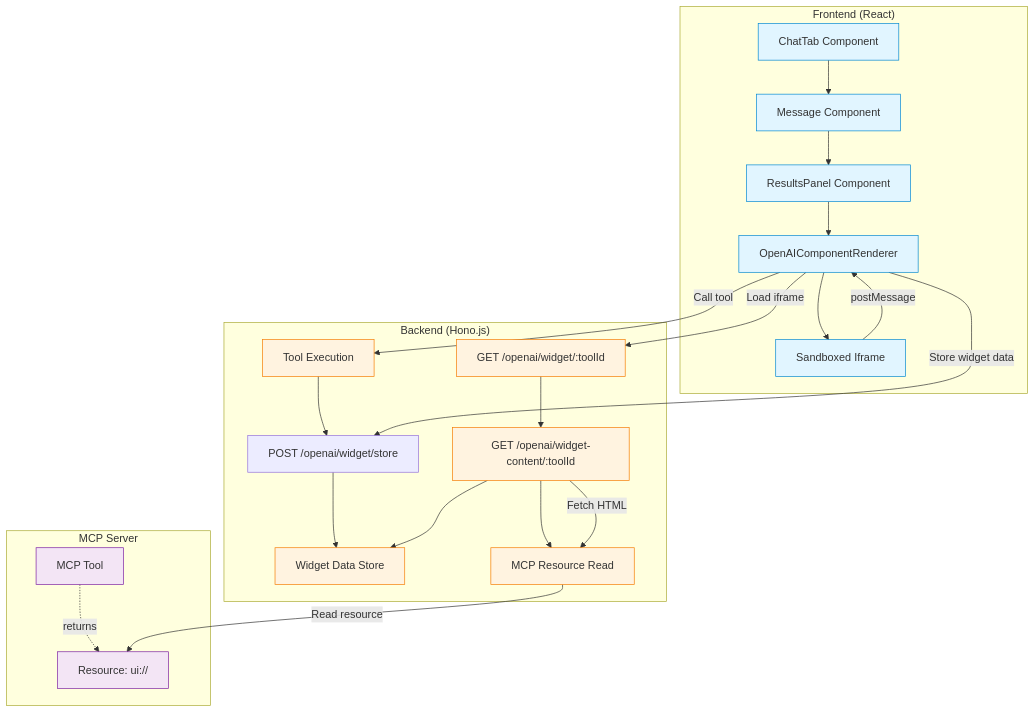
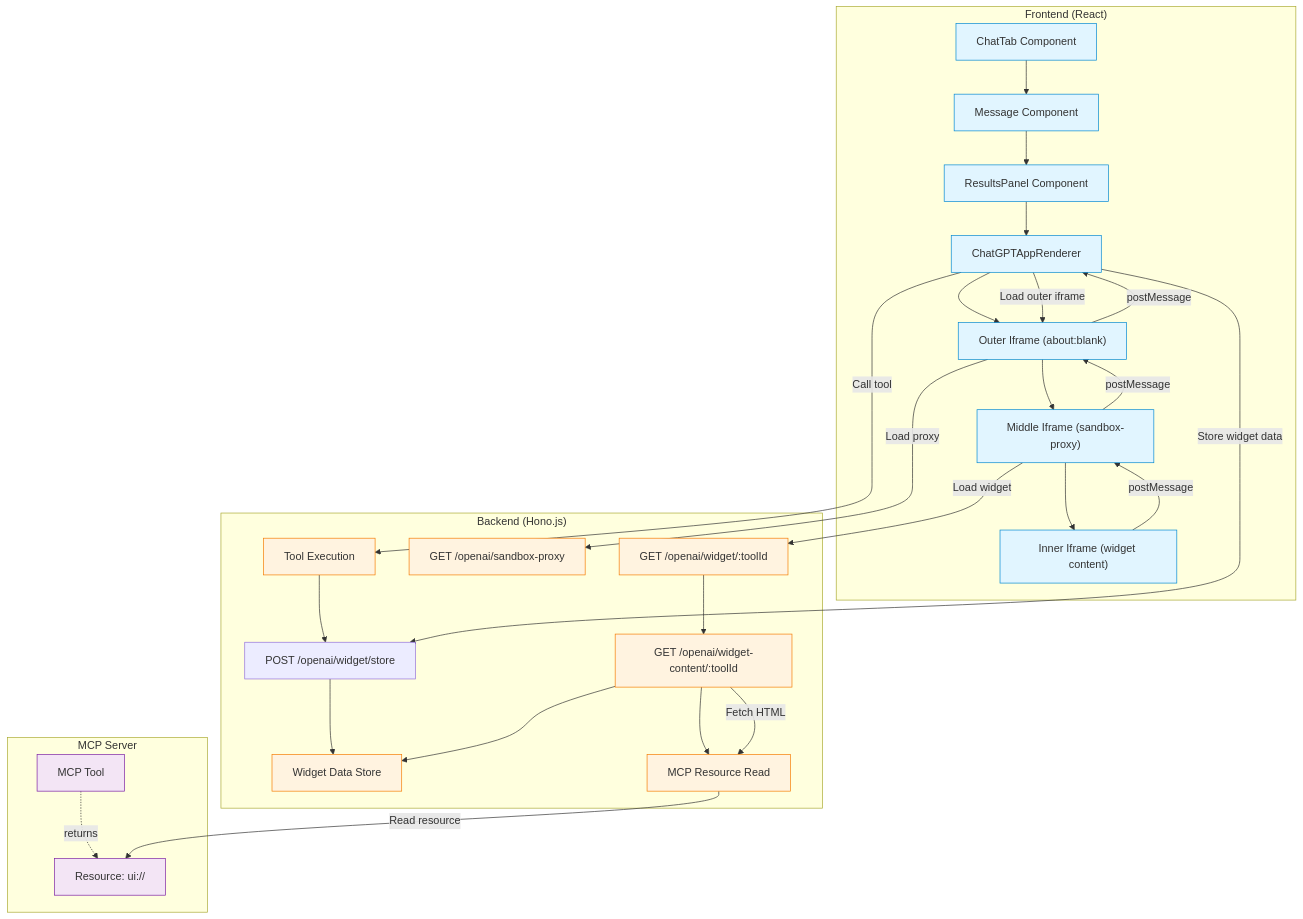
Before and after one commit to MCPJam/inspector: the first of 6 diagrams in docs/contributing/openai-sdk-architecture.mdx, drawn with Mermaid. The commit also changed other lines of this file, not shown here.

````diff
--- a/docs/contributing/openai-sdk-architecture.mdx
+++ b/docs/contributing/openai-sdk-architecture.mdx
@@ -76,52 +78,61 @@
 ```mermaid
 graph TB
     subgraph Frontend["Frontend (React)"]
         Chat[ChatTab Component]
         Message[Message Component]
         Results[ResultsPanel Component]
-        Renderer[OpenAIComponentRenderer]
-        Iframe[Sandboxed Iframe]
+        Renderer[ChatGPTAppRenderer]
+        OuterIframe["Outer Iframe (about:blank)"]
+        MiddleIframe["Middle Iframe (sandbox-proxy)"]
+        InnerIframe["Inner Iframe (widget content)"]
 
         Chat --> Message
         Message --> Results
         Results --> Renderer
-        Renderer --> Iframe
+        Renderer --> OuterIframe
+        OuterIframe --> MiddleIframe
+        MiddleIframe --> InnerIframe
     end
 
     subgraph Backend["Backend (Hono.js)"]
         ToolExec[Tool Execution]
         Storage[Widget Data Store]
         StoreEndpoint["POST /openai/widget/store"]
+        ProxyEndpoint["GET /openai/sandbox-proxy"]
         WidgetEndpoint["GET /openai/widget/:toolId"]
         ContentEndpoint["GET /openai/widget-content/:toolId"]
         MCPRead[MCP Resource Read]
 
         ToolExec --> StoreEndpoint
         StoreEndpoint --> Storage
         WidgetEndpoint --> ContentEndpoint
         ContentEndpoint --> Storage
         ContentEndpoint --> MCPRead
     end
 
     subgraph MCPServer["MCP Server"]
         Tool[MCP Tool]
         Resource["Resource: ui://"]
 
         Tool -.returns.-> Resource
     end
 
     Renderer -->|Store widget data| StoreEndpoint
-    Renderer -->|Load iframe| WidgetEndpoint
-    Iframe -->|postMessage| Renderer
+    Renderer -->|Load outer iframe| OuterIframe
+    OuterIframe -->|Load proxy| ProxyEndpoint
+    MiddleIframe -->|Load widget| WidgetEndpoint
+    InnerIframe -->|postMessage| MiddleIframe
+    MiddleIframe -->|postMessage| OuterIframe
+    OuterIframe -->|postMessage| Renderer
     Renderer -->|Call tool| ToolExec
     ContentEndpoint -->|Fetch HTML| MCPRead
     MCPRead -->|Read resource| Resource
 
     classDef frontend fill:#e1f5ff,stroke:#0288d1
     classDef backend fill:#fff3e0,stroke:#f57c00
     classDef mcp fill:#f3e5f5,stroke:#7b1fa2
 
-    class Chat,Message,Results,Renderer,Iframe frontend
-    class ToolExec,Storage,WidgetEndpoint,ContentEndpoint,MCPRead backend
+    class Chat,Message,Results,Renderer,OuterIframe,MiddleIframe,InnerIframe frontend
+    class ToolExec,Storage,WidgetEndpoint,ContentEndpoint,MCPRead,ProxyEndpoint backend
     class Tool,Resource mcp
 ```
````
